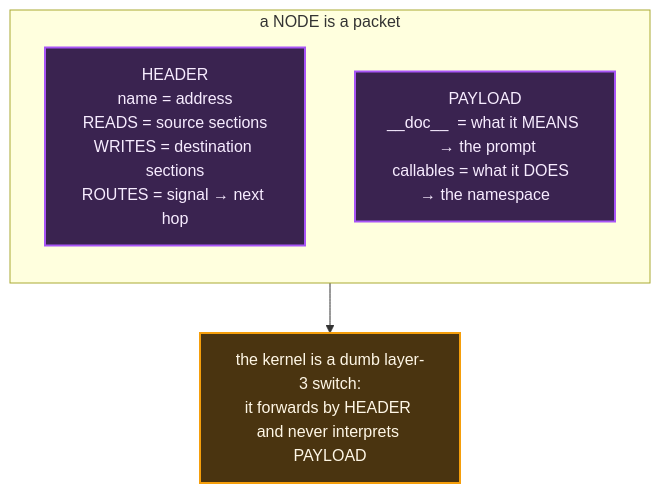
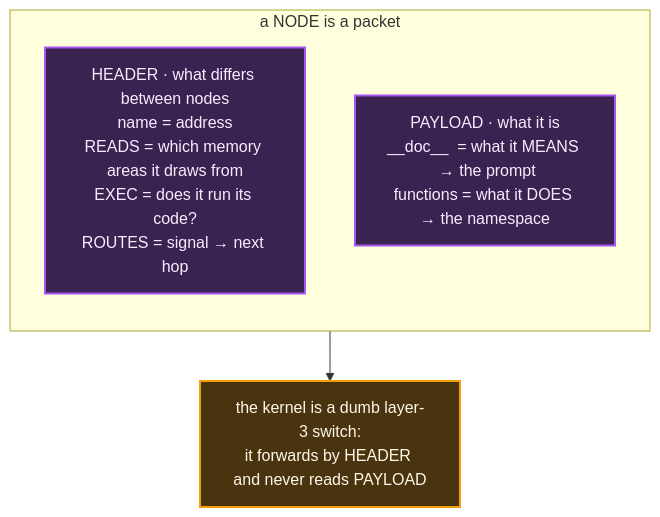
The third of 11 diagrams in README.md (wgabrys88/endgame-ai), drawn with Mermaid before and after one commit. The commit also changed other lines of this file, not shown here.

````diff
--- a/README.md
+++ b/README.md
@@ -90,15 +92,15 @@
 ```mermaid
 flowchart TB
     subgraph PACKET["a NODE is a packet"]
       direction TB
-      H["HEADER<br/>name = address<br/>READS = source sections<br/>WRITES = destination sections<br/>ROUTES = signal → next hop"]
-      P["PAYLOAD<br/>__doc__  = what it MEANS  → the prompt<br/>callables = what it DOES  → the namespace"]
+      H["HEADER · what differs between nodes<br/>name = address<br/>READS = which memory areas it draws from<br/>EXEC = does it run its code?<br/>ROUTES = signal → next hop"]
+      P["PAYLOAD · what it is<br/>__doc__  = what it MEANS  → the prompt<br/>functions = what it DOES → the namespace"]
     end
-    K["the kernel is a dumb layer-3 switch:<br/>it forwards by HEADER and never interprets PAYLOAD"]
+    K["the kernel is a dumb layer-3 switch:<br/>it forwards by HEADER and never reads PAYLOAD"]
     PACKET --> K
 
     classDef p fill:#3a2350,stroke:#a855f7,stroke-width:2px,color:#f7ecff;
     classDef k fill:#4a3410,stroke:#f59e0b,stroke-width:2px,color:#fff7e6;
     class H,P p;
     class K k;
 ```
````
